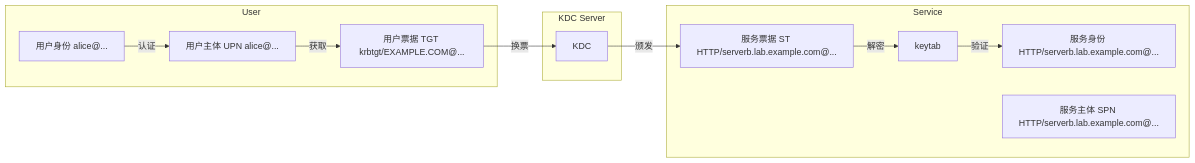
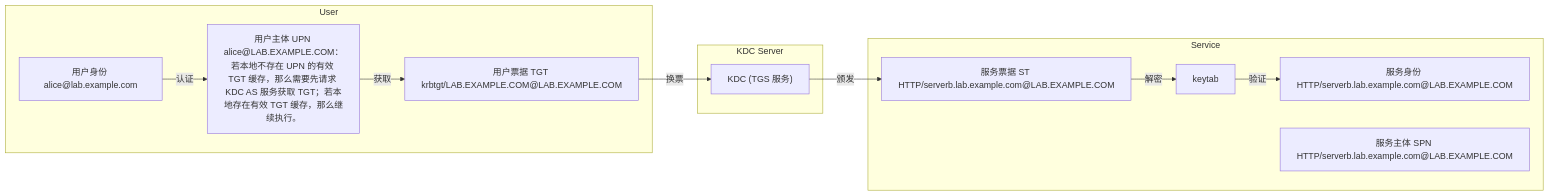
The first of 2 diagrams in Linux 服务与配置/Kerberos 基本原理与集成/Kerberos 基本原理与集成.md (Alberthua-Perl/tech-docs), drawn with Mermaid before and after one commit. The commit also changed other lines of this file and 12 other files, not shown here.

````diff
--- a/Linux 服务与配置/Kerberos 基本原理与集成/Kerberos 基本原理与集成.md
+++ b/Linux 服务与配置/Kerberos 基本原理与集成/Kerberos 基本原理与集成.md
@@ -23,26 +67,26 @@
 ```mermaid
 graph LR
     subgraph User
-        U["用户身份 alice@..."]
-        UPN["用户主体 UPN alice@..."]
-        TGT["用户票据 TGT krbtgt/EXAMPLE.COM@..."]
+        U["用户身份 alice@lab.example.com"]
+        UPN["用户主体 UPN alice@LAB.EXAMPLE.COM：若本地不存在 UPN 的有效 TGT 缓存，那么需要先请求 KDC AS 服务获取 TGT；若本地存在有效 TGT 缓存，那么继续执行。"]
+        TGT["用户票据 TGT krbtgt/LAB.EXAMPLE.COM@LAB.EXAMPLE.COM"]
     end
 
     subgraph KDC Server
-        K["KDC"]
+        K["KDC (TGS 服务)"]
     end
 
     subgraph Service
-        S["服务身份 HTTP/serverb.lab.example.com@..."]
-        SPN["服务主体 SPN HTTP/serverb.lab.example.com@..."]
+        S["服务身份 HTTP/serverb.lab.example.com@LAB.EXAMPLE.COM"]
+        SPN["服务主体 SPN HTTP/serverb.lab.example.com@LAB.EXAMPLE.COM"]
         KEYTAB["keytab"]
-        ST["服务票据 ST HTTP/serverb.lab.example.com@..."]
+        ST["服务票据 ST HTTP/serverb.lab.example.com@LAB.EXAMPLE.COM"]
     end
 
     U -- 认证 --> UPN
     UPN -- 获取 --> TGT
     TGT -- 换票 --> K
     K -- 颁发 --> ST
     ST -- 解密 --> KEYTAB
     KEYTAB -- 验证 --> S
 ```
````
